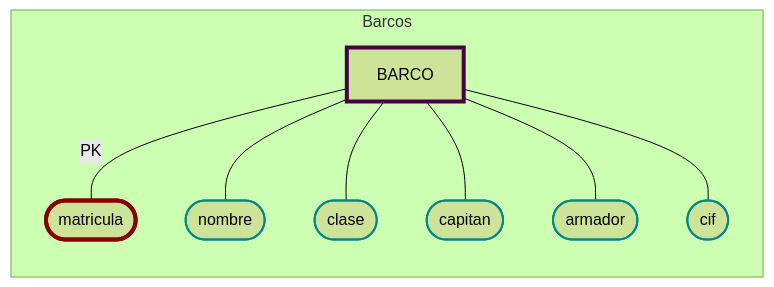
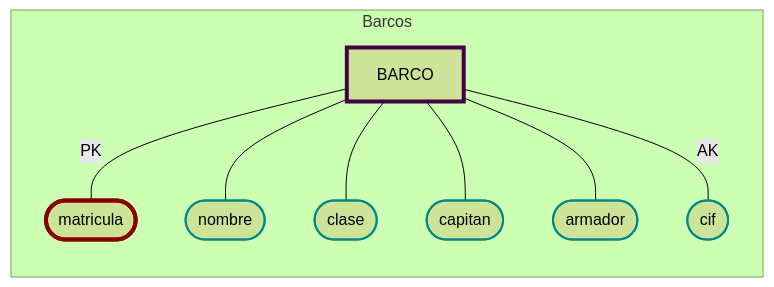
One commit to JulTob/BasesDeDatos changed the diagram in Practica/P1/Schema/Barcos.md. Above: the diagram before and after it, drawn with Mermaid (forest theme). The commit also changed other lines of this file and 16 other files, not shown here.

````diff
--- a/Practica/P1/Schema/Barcos.md
+++ b/Practica/P1/Schema/Barcos.md
@@ -8,17 +8,17 @@
 ```mermaid
 flowchart LR   
   classDef atributo stroke:#088,stroke-width:2px;
   classDef pk stroke:#800,stroke-width:4px;
   classDef entidad stroke:#404,stroke-width:4px;
 
   %% Atributos BARCO
   subgraph Barcos
   Barco[BARCO]:::entidad
   Barco ---|PK| matricula([matricula]):::pk  
   Barco ---nombre([nombre]):::atributo  
   Barco ---clase([clase]):::atributo  
   Barco ---capitan([capitan]):::atributo 
   Barco ---armador([armador]):::atributo 
-  Barco ---cif([cif]):::atributo 
+  Barco ---|AK| cif([cif]):::atributo
   end
 ```
````
